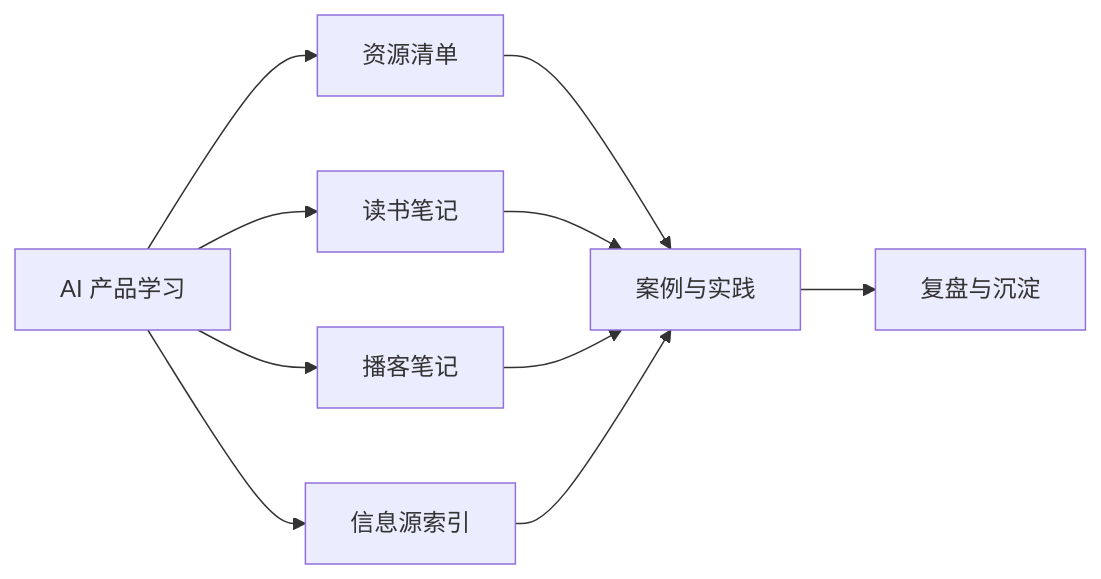
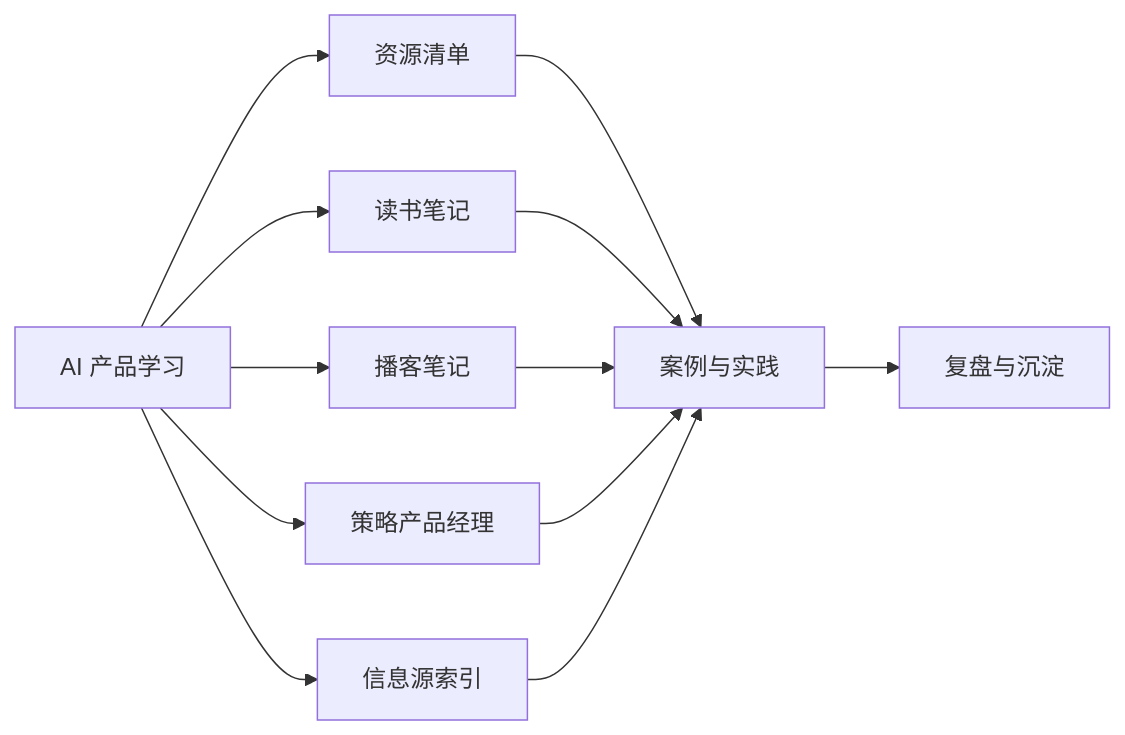
Before and after one commit to AI-PM-Wiki/AIPM: the diagram in docs/case/index.md, drawn with Mermaid. The commit also changed other lines of this file and 39 other files, not shown here.

````diff
--- a/docs/case/index.md
+++ b/docs/case/index.md
@@ -9,12 +9,14 @@
 ```mermaid
 flowchart LR
     A[AI 产品学习] --> B[资源清单]
     A --> C[读书笔记]
     A --> D[播客笔记]
-    A --> E[信息源索引]
-    B --> F[案例与实践]
-    C --> F
-    D --> F
-    E --> F
-    F --> G[复盘与沉淀]
+    A --> E[策略产品经理]
+    A --> F[信息源索引]
+    B --> G[案例与实践]
+    C --> G
+    D --> G
+    E --> G
+    F --> G
+    G --> H[复盘与沉淀]
 ```
````
